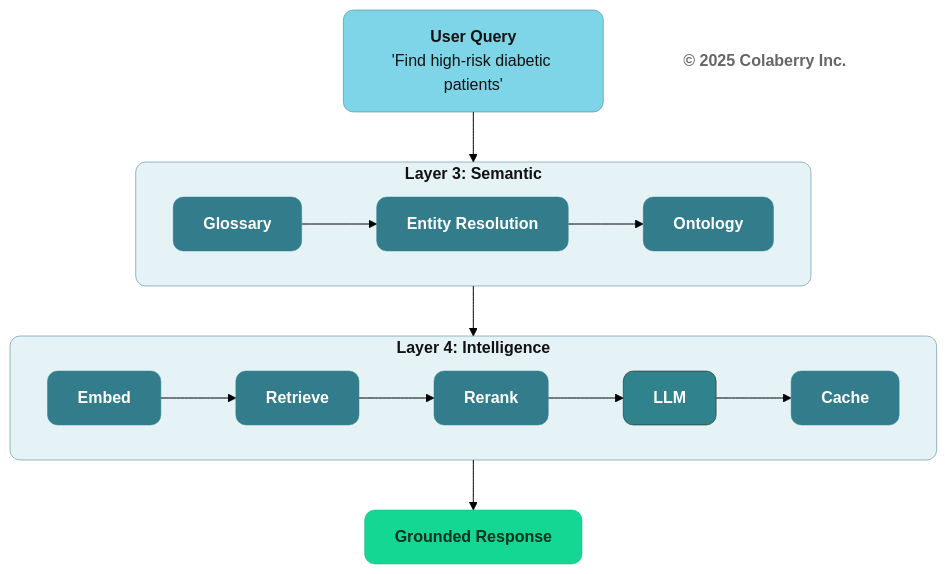
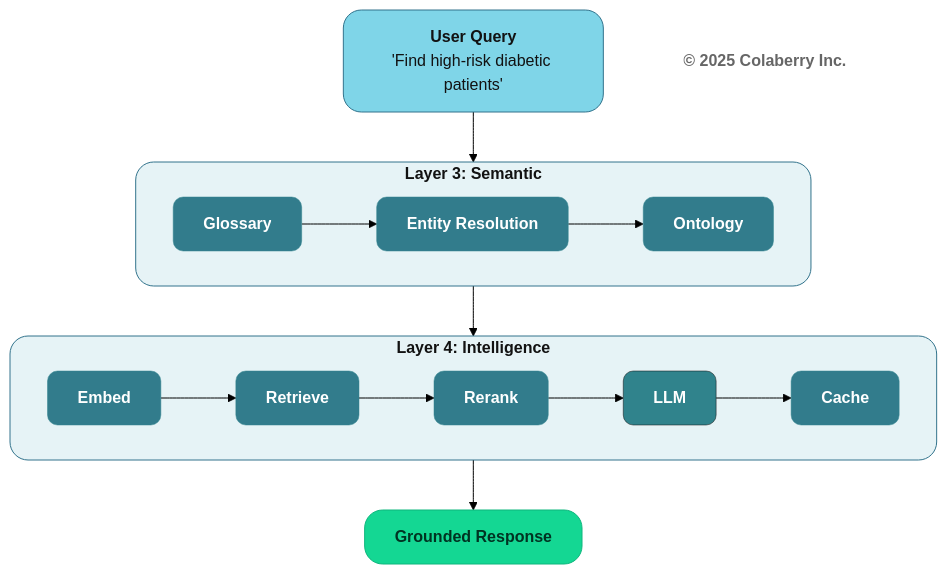
Diagram 13 of 13 in manuscript/06_chapter_5_intelligence_layers.md (saitejesh-cyber/trust-before-intelligence-book), drawn with Mermaid (forest theme) before and after one commit. The commit also changed other lines of this file and 12 other files, not shown here.

````diff
--- a/manuscript/06_chapter_5_intelligence_layers.md
+++ b/manuscript/06_chapter_5_intelligence_layers.md
@@ -1237,36 +1237,36 @@
 ```mermaid
 graph TB
     USER["<b>User Query</b><br/>'Find high-risk diabetic patients'"]
     
     subgraph L3["<b>Layer 3: Semantic</b>"]
         direction LR
         GLOSS["<b>Glossary</b>"] --> ENTITY["<b>Entity Resolution</b>"] --> ONTO["<b>Ontology</b>"]
     end
     
     subgraph L4["<b>Layer 4: Intelligence</b>"]
         direction LR
         EMBED["<b>Embed</b>"] --> HYBRID["<b>Retrieve</b>"] --> RERANK["<b>Rerank</b>"] --> LLM["<b>LLM</b>"] --> CACHE["<b>Cache</b>"]
     end
     
     RESPONSE["<b>Grounded Response</b>"]
     
     USER --> L3
     L3 --> L4
     L4 --> RESPONSE
     
     Copyright["<b>© 2025 Colaberry Inc.</b>"]
     
-    style USER fill:#7FD5E8,stroke:#32738C,stroke-width:0.5px,color:#121212,rx:10,ry:10
-    style L3 fill:#E6F3F6,stroke:#32738C,stroke-width:0.5px,color:#121212,rx:10,ry:10
-    style L4 fill:#E6F3F6,stroke:#32738C,stroke-width:0.5px,color:#121212,rx:10,ry:10
+    style USER fill:#7FD5E8,stroke:#32738C,stroke-width:1px,color:#121212,rx:18,ry:18
+    style L3 fill:#E6F3F6,stroke:#32738C,stroke-width:1px,color:#121212,rx:18,ry:18
+    style L4 fill:#E6F3F6,stroke:#32738C,stroke-width:1px,color:#121212,rx:18,ry:18
     style GLOSS fill:#327C8C,stroke:#30838C,stroke-width:0.5px,color:#ffffff,rx:10,ry:10
     style ENTITY fill:#327C8C,stroke:#30838C,stroke-width:0.5px,color:#ffffff,rx:10,ry:10
     style ONTO fill:#327C8C,stroke:#30838C,stroke-width:0.5px,color:#ffffff,rx:10,ry:10
     style EMBED fill:#327C8C,stroke:#30838C,stroke-width:0.5px,color:#ffffff,rx:10,ry:10
     style HYBRID fill:#327C8C,stroke:#30838C,stroke-width:0.5px,color:#ffffff,rx:10,ry:10
     style RERANK fill:#327C8C,stroke:#30838C,stroke-width:0.5px,color:#ffffff,rx:10,ry:10
     style LLM fill:#30838C,color:#ffffff,stroke:#0D0D0D,stroke-width:0.5px,rx:10,ry:10
     style CACHE fill:#327C8C,stroke:#30838C,stroke-width:0.5px,color:#ffffff,rx:10,ry:10
-    style RESPONSE fill:#14D793,color:#003322,stroke:#0FB67D,stroke-width:0.5px,rx:10,ry:10
+    style RESPONSE fill:#14D793,color:#003322,stroke:#0FB67D,stroke-width:1px,rx:18,ry:18
     style Copyright fill:none,stroke:none,color:#666666
 ```
````
